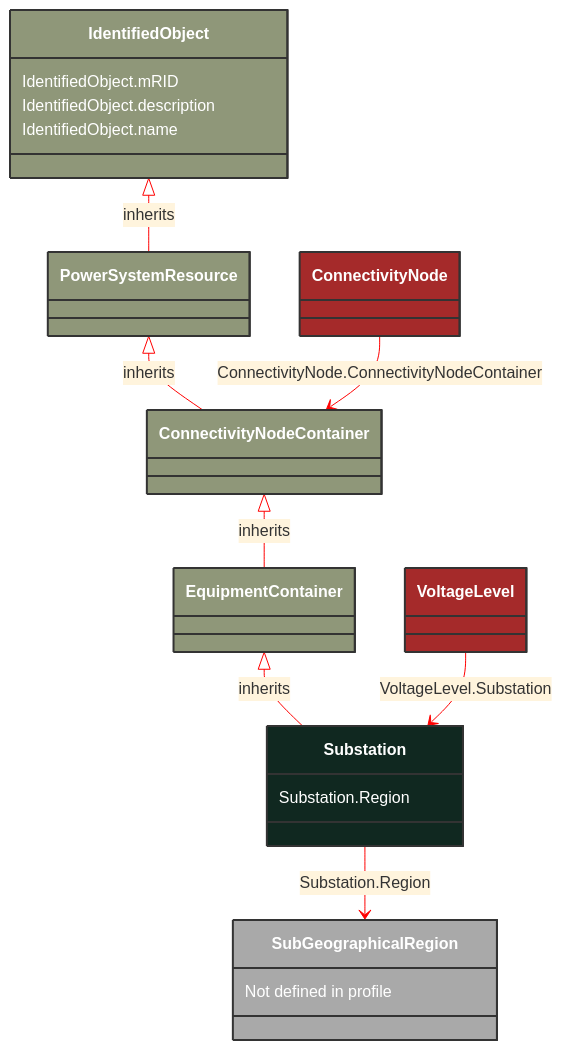
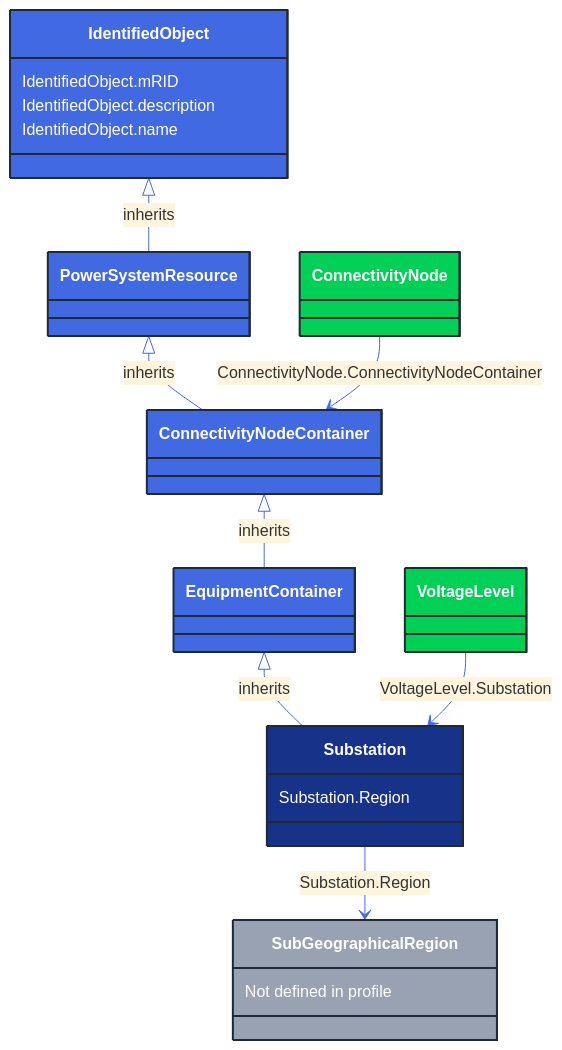
Before and after one commit to 3lbits/NoCIMExtensions: the diagram in docs/Models/Profiles/EquipmentBoundary/ConcreteClasses/Substation.md, drawn with Mermaid. The commit also changed 362 other files, not shown here.

First line of the commit message:
Update diagrams and styles for improved visual consistency

````diff
--- a/docs/Models/Profiles/EquipmentBoundary/ConcreteClasses/Substation.md
+++ b/docs/Models/Profiles/EquipmentBoundary/ConcreteClasses/Substation.md
@@ -8,48 +8,48 @@
 ```mermaid
-%%{init: {'theme':'base','themeVariables': {'lineColor': '#FF0000'}}}%%
+%%{init: {'theme':'base','themeVariables': {'lineColor': '#4169E1'}}}%%
 classDiagram
     class Substation
     click Substation href "/Models/Profiles/EquipmentBoundary/ConcreteClasses/Substation/"
-    style Substation fill:#102820,stroke:#333,stroke-width:2px,rx:10,ry:10,color:white
+    style Substation fill:#163289,stroke:#1F2A37,stroke-width:2px,rx:10,ry:10,color:white
      
         EquipmentContainer <|-- Substation : inherits
             click EquipmentContainer href "/Models/Profiles/EquipmentBoundary/AbstractClasses/EquipmentContainer/"
-            style EquipmentContainer fill:#8F9779,stroke:#333,stroke-width:2px,rx:10,ry:10,color:white
+            style EquipmentContainer fill:#4169E1,stroke:#1F2A37,stroke-width:2px,rx:10,ry:10,color:white
      
         ConnectivityNodeContainer <|-- EquipmentContainer : inherits
             click ConnectivityNodeContainer href "/Models/Profiles/EquipmentBoundary/AbstractClasses/ConnectivityNodeContainer/"
-            style ConnectivityNodeContainer fill:#8F9779,stroke:#333,stroke-width:2px,rx:10,ry:10,color:white
+            style ConnectivityNodeContainer fill:#4169E1,stroke:#1F2A37,stroke-width:2px,rx:10,ry:10,color:white
      
         PowerSystemResource <|-- ConnectivityNodeContainer : inherits
             click PowerSystemResource href "/Models/Profiles/EquipmentBoundary/AbstractClasses/PowerSystemResource/"
-            style PowerSystemResource fill:#8F9779,stroke:#333,stroke-width:2px,rx:10,ry:10,color:white
+            style PowerSystemResource fill:#4169E1,stroke:#1F2A37,stroke-width:2px,rx:10,ry:10,color:white
      
         IdentifiedObject <|-- PowerSystemResource : inherits
             click IdentifiedObject href "/Models/Profiles/EquipmentBoundary/AbstractClasses/IdentifiedObject/"
-            style IdentifiedObject fill:#8F9779,stroke:#333,stroke-width:2px,rx:10,ry:10,color:white
+            style IdentifiedObject fill:#4169E1,stroke:#1F2A37,stroke-width:2px,rx:10,ry:10,color:white
 
         Substation --> SubGeographicalRegion : Substation.Region
 
         SubGeographicalRegion : Not defined in profile
 
         SubGeographicalRegion
-            style SubGeographicalRegion fill:#A9A9A9,stroke:#333,stroke-width:2px,rx:10,ry:10,color:white
+            style SubGeographicalRegion fill:#98A2B3,stroke:#1F2A37,stroke-width:2px,rx:10,ry:10,color:white
 
         ConnectivityNode --> ConnectivityNodeContainer : ConnectivityNode.ConnectivityNodeContainer
 
         ConnectivityNode
             click ConnectivityNode href "/Models/Profiles/EquipmentBoundary/ConcreteClasses/ConnectivityNode/"
-            style ConnectivityNode fill:#A52A2A,stroke:#333,stroke-width:2px,rx:10,ry:10,color:white
+            style ConnectivityNode fill:#00D156,stroke:#1F2A37,stroke-width:2px,rx:10,ry:10,color:white
 
         VoltageLevel --> Substation : VoltageLevel.Substation
 
         VoltageLevel
             click VoltageLevel href "/Models/Profiles/EquipmentBoundary/ConcreteClasses/VoltageLevel/"
-            style VoltageLevel fill:#A52A2A,stroke:#333,stroke-width:2px,rx:10,ry:10,color:white
+            style VoltageLevel fill:#00D156,stroke:#1F2A37,stroke-width:2px,rx:10,ry:10,color:white
 
 
         Substation : Substation.Region
         IdentifiedObject : IdentifiedObject.mRID
         IdentifiedObject : IdentifiedObject.description
         IdentifiedObject : IdentifiedObject.name
 ```
````
